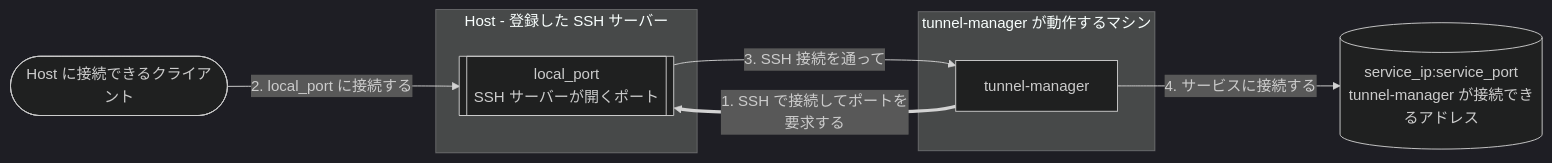
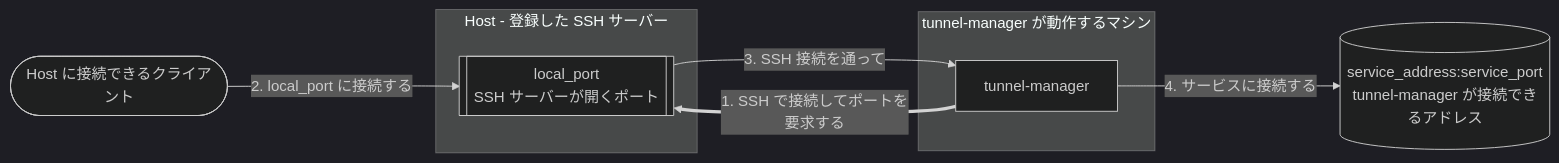
One commit to jollaman999/tunnel-manager changed the first of 2 diagrams in docs/README.ja.md. Above: the diagram before and after it, drawn with Mermaid (dark theme). The commit also changed other lines of this file and 21 other files, not shown here.

````diff
--- a/docs/README.ja.md
+++ b/docs/README.ja.md
@@ -19,16 +19,16 @@
 ```mermaid
 flowchart LR
     client(["Host に接続できるクライアント"])
     subgraph host ["Host - 登録した SSH サーバー"]
         port[["local_port<br/>SSH サーバーが開くポート"]]
     end
     subgraph here ["tunnel-manager が動作するマシン"]
         tm["tunnel-manager"]
     end
-    service[("service_ip:service_port<br/>tunnel-manager が接続できるアドレス")]
+    service[("service_address:service_port<br/>tunnel-manager が接続できるアドレス")]
 
     tm ==>|"1. SSH で接続してポートを要求する"| port
     client -->|"2. local_port に接続する"| port
     port -->|"3. SSH 接続を通って"| tm
     tm -->|"4. サービスに接続する"| service
 ```
````
